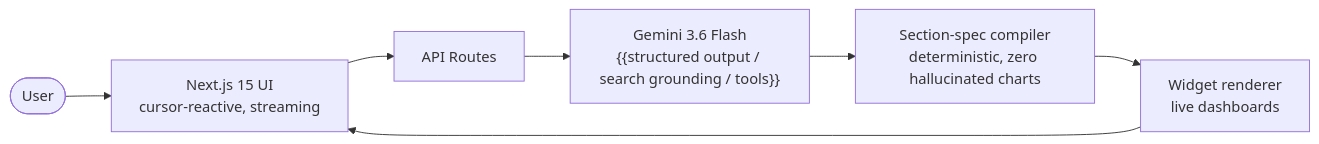
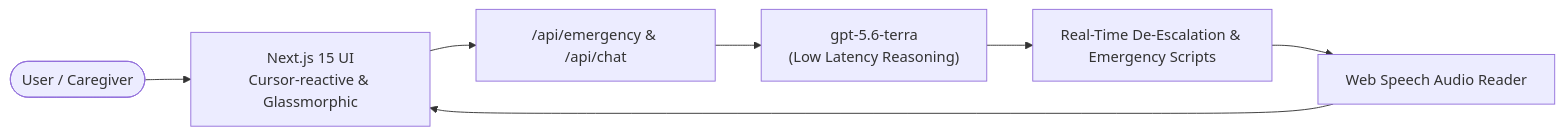
Before and after one commit to tsathya98/promptwars-chennai-2026: the diagram in README.md, drawn with Mermaid. The commit also changed other lines of this file and 28 other files, not shown here.

Commit message:
feat: integrate OpenAI provider with gpt-5.6-terra support and remove mandatory vendor restrictions for submission

````diff
--- a/README.md
+++ b/README.md
@@ -48,9 +34,9 @@
 ```mermaid
 flowchart LR
-    U([User]) --> UI[Next.js 15 UI<br/>cursor-reactive, streaming]
-    UI --> API[API Routes]
-    API --> G["Gemini 3.6 Flash<br/>{{structured output / search grounding / tools}}"]
-    G --> C[Section-spec compiler<br/>deterministic, zero hallucinated charts]
-    C --> W[Widget renderer<br/>live dashboards]
-    W --> UI
+    U([User / Caregiver]) --> UI[Next.js 15 UI<br/>Cursor-reactive & Glassmorphic]
+    UI --> API["/api/emergency & /api/chat"]
+    API --> LLM["gpt-5.6-terra<br/>(Low Latency Reasoning)"]
+    LLM --> SCRIPT[Real-Time De-Escalation & Emergency Scripts]
+    SCRIPT --> TTS[Web Speech Audio Reader]
+    TTS --> UI
 ```
````
